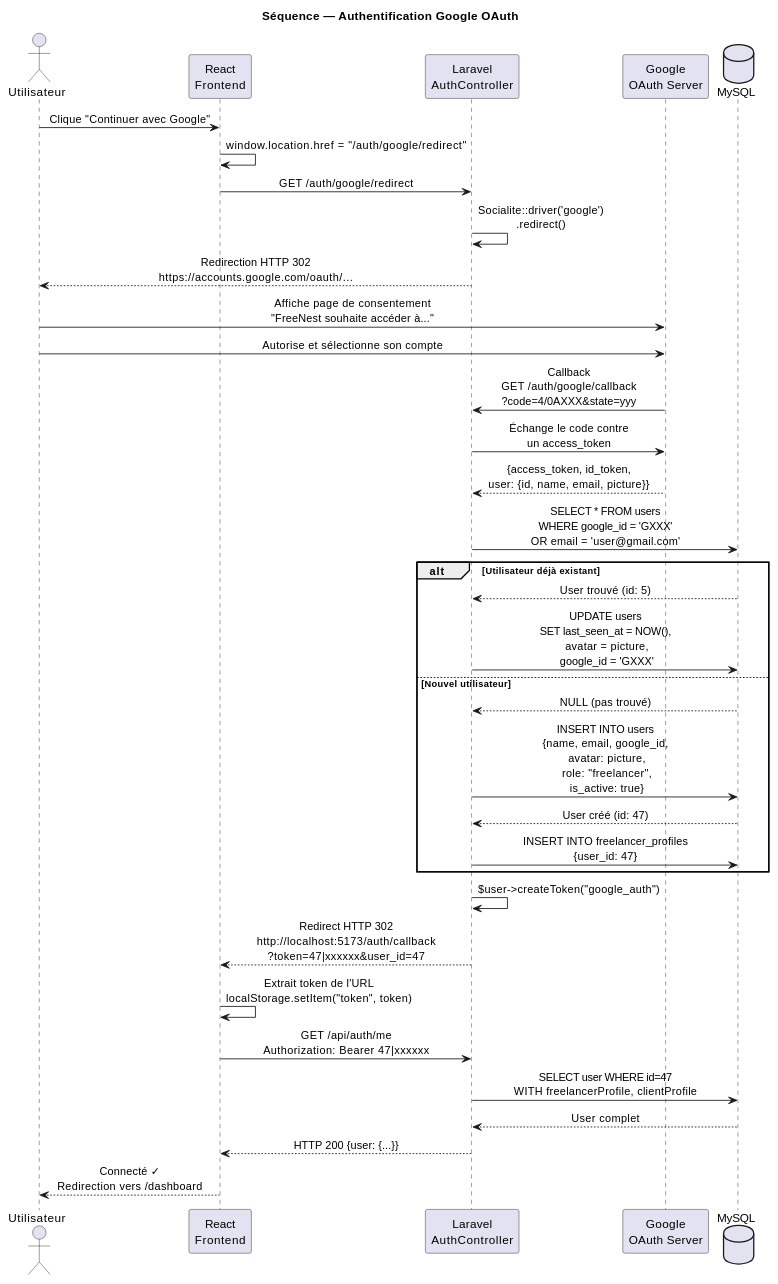
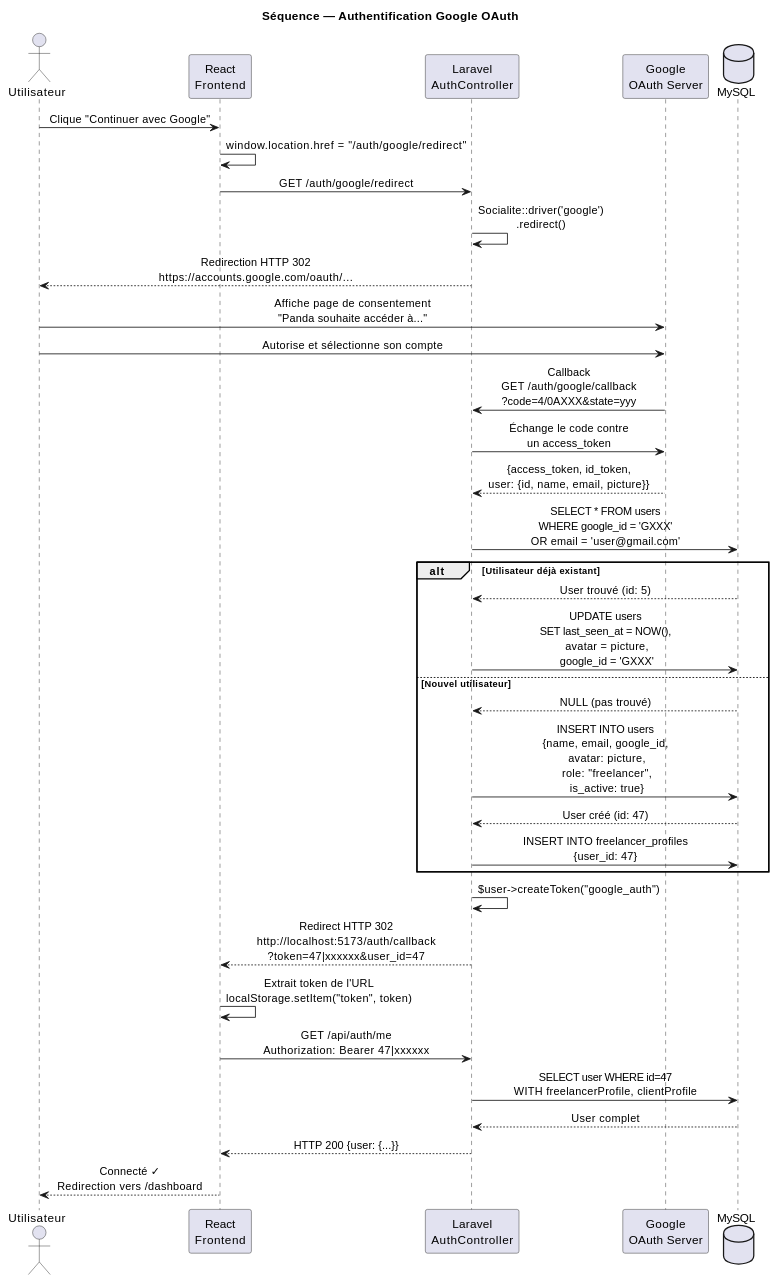
The eighth of 21 diagrams in documentation/uml_diagrams.md (fasko666/PFE01), drawn with PlantUML before and after one commit. The commit also changed other lines of this file and 122 other files, not shown here.

Commit message:
Add UML diagram images, Panda docs, Enterprise page and update backend/frontend

````diff
--- a/documentation/uml_diagrams.md
+++ b/documentation/uml_diagrams.md
@@ -1231,49 +1231,49 @@
 ```plantuml
 @startuml SEQ08_GoogleOAuth
 skinparam sequenceMessageAlign center
 title Séquence — Authentification Google OAuth
 
 actor "Utilisateur" as USR
 participant "React\nFrontend" as FE
 participant "Laravel\nAuthController" as AUTH
 participant "Google\nOAuth Server" as GOOGLE
 database "MySQL" as DB
 
 USR -> FE : Clique "Continuer avec Google"
 FE -> FE : window.location.href = "/auth/google/redirect"
 FE -> AUTH : GET /auth/google/redirect
 AUTH -> AUTH : Socialite::driver('google')\n.redirect()
 AUTH --> USR : Redirection HTTP 302\nhttps://accounts.google.com/oauth/...
 
-USR -> GOOGLE : Affiche page de consentement\n"FreeNest souhaite accéder à..."
+USR -> GOOGLE : Affiche page de consentement\n"Panda souhaite accéder à..."
 USR -> GOOGLE : Autorise et sélectionne son compte
 
 GOOGLE -> AUTH : Callback\nGET /auth/google/callback\n?code=4/0AXXX&state=yyy
 
 AUTH -> GOOGLE : Échange le code contre\nun access_token
 GOOGLE --> AUTH : {access_token, id_token,\nuser: {id, name, email, picture}}
 
 AUTH -> DB : SELECT * FROM users\nWHERE google_id = 'GXXX'\nOR email = 'user@gmail.com'
 
 alt Utilisateur déjà existant
   DB --> AUTH : User trouvé (id: 5)
   AUTH -> DB : UPDATE users\nSET last_seen_at = NOW(),\n avatar = picture,\n google_id = 'GXXX'
 else Nouvel utilisateur
   DB --> AUTH : NULL (pas trouvé)
   AUTH -> DB : INSERT INTO users\n{name, email, google_id,\n avatar: picture,\n role: "freelancer",\n is_active: true}
   DB --> AUTH : User créé (id: 47)
   AUTH -> DB : INSERT INTO freelancer_profiles\n{user_id: 47}
 end
 
 AUTH -> AUTH : $user->createToken("google_auth")
 AUTH --> FE : Redirect HTTP 302\nhttp://localhost:5173/auth/callback\n?token=47|xxxxxx&user_id=47
 
 FE -> FE : Extrait token de l'URL\nlocalStorage.setItem("token", token)
 FE -> AUTH : GET /api/auth/me\nAuthorization: Bearer 47|xxxxxx
 AUTH -> DB : SELECT user WHERE id=47\nWITH freelancerProfile, clientProfile
 DB --> AUTH : User complet
 AUTH --> FE : HTTP 200 {user: {...}}
 FE --> USR : Connecté ✓\nRedirection vers /dashboard
 
 @enduml
 ```
````
